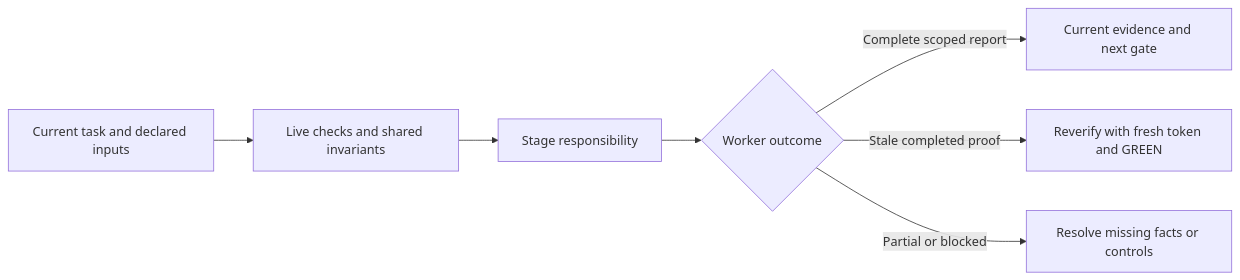
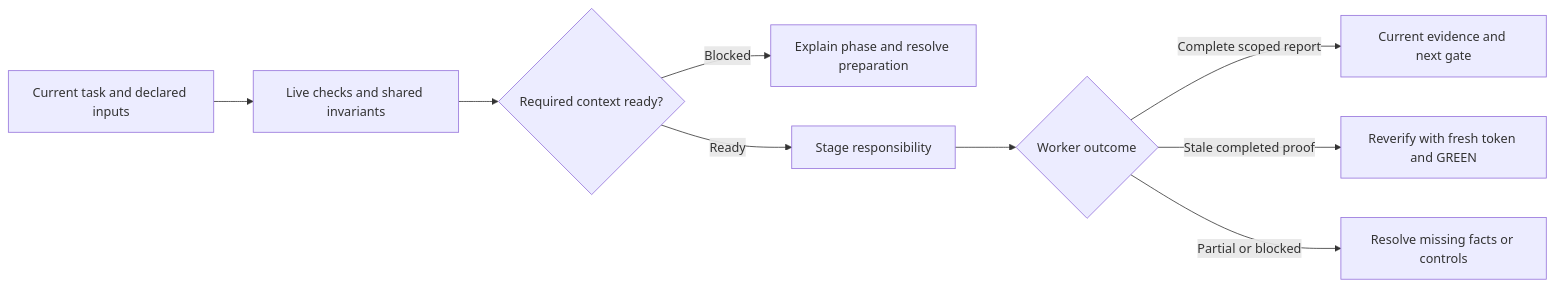
One commit to wgentil/devflow changed the diagram in skills/workflow/SKILL.md. Above: the diagram before and after it, drawn with Mermaid. The commit also changed other lines of this file and 16 other files, not shown here.

````diff
--- a/skills/workflow/SKILL.md
+++ b/skills/workflow/SKILL.md
@@ -14,9 +14,11 @@
 ```mermaid
 flowchart LR
     Scope[Current task and declared inputs] --> Checks[Live checks and shared invariants]
-    Checks --> Work[Stage responsibility]
+    Checks --> Prep{Required context ready?}
+    Prep -->|Blocked| Context[Explain phase and resolve preparation]
+    Prep -->|Ready| Work[Stage responsibility]
     Work --> Result{Worker outcome}
     Result -->|Complete scoped report| Evidence[Current evidence and next gate]
     Result -->|Stale completed proof| Reverify[Reverify with fresh token and GREEN]
     Result -->|Partial or blocked| Recover[Resolve missing facts or controls]
 ```
````
